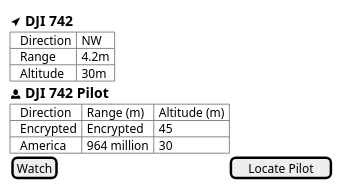
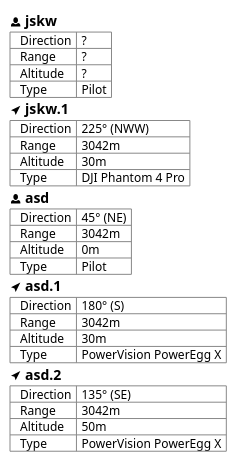
Before and after one commit to BlackthornYugen/d2x: the second of 8 diagrams in app_ui.pu, drawn with PlantUML. The commit also changed other lines of this file and 3 other files, not shown here.

```diff
--- a/app_ui.pu
+++ b/app_ui.pu
@@ -1,18 +41,39 @@
-@startsalt a
+@startsalt nav-r1
 {
-== <&location> DJI 742 
+== <&person> jskw
 {T#
-+ Direction   | NW
-+ Range       | 4.2m 
++ Direction   | ?
++ Range       | ?
++ Altitude    | ?
++ Type        | Pilot
+}
+== <&location> jskw.1 
+{T#
++ Direction   | 225° (NWW)
++ Range       | 3042m 
 + Altitude    | 30m
++ Type        | DJI Phantom 4 Pro
 }
-
-== <&person> DJI 742 Pilot
+== <&person> asd
 {T#
-+Direction    | Range (m)     | Altitude (m)
-+ Encrypted   | Encrypted     | 45
-+ America     | 964 million   | 30
++ Direction   | 45° (NE)
++ Range       | 3042m 
++ Altitude    | 0m
++ Type        | Pilot
 }
-[Watch] | [Locate Pilot] ||
+== <&location> asd.1
+{T#
++ Direction   | 180° (S)
++ Range       | 3042m 
++ Altitude    | 30m
++ Type        | PowerVision PowerEgg X
+}
+== <&location> asd.2
+{T#
++ Direction   | 135° (SE)
++ Range       | 3042m 
++ Altitude    | 50m
++ Type        | PowerVision PowerEgg X
+}
 }
 @endsalt
```
